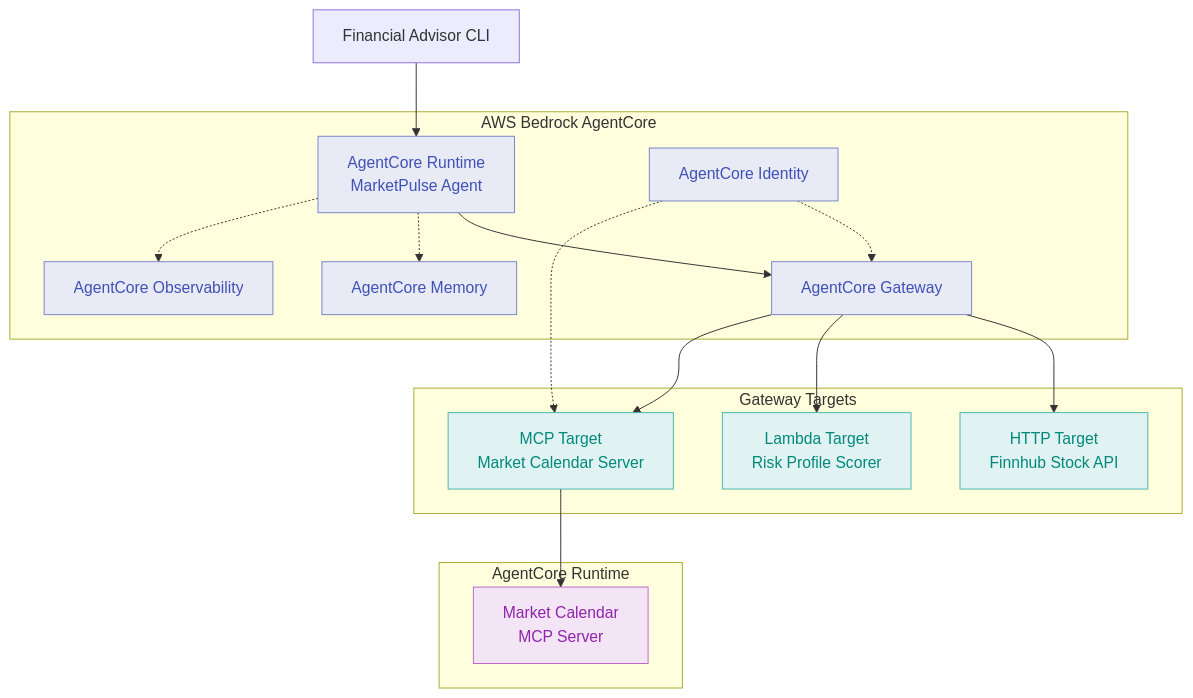
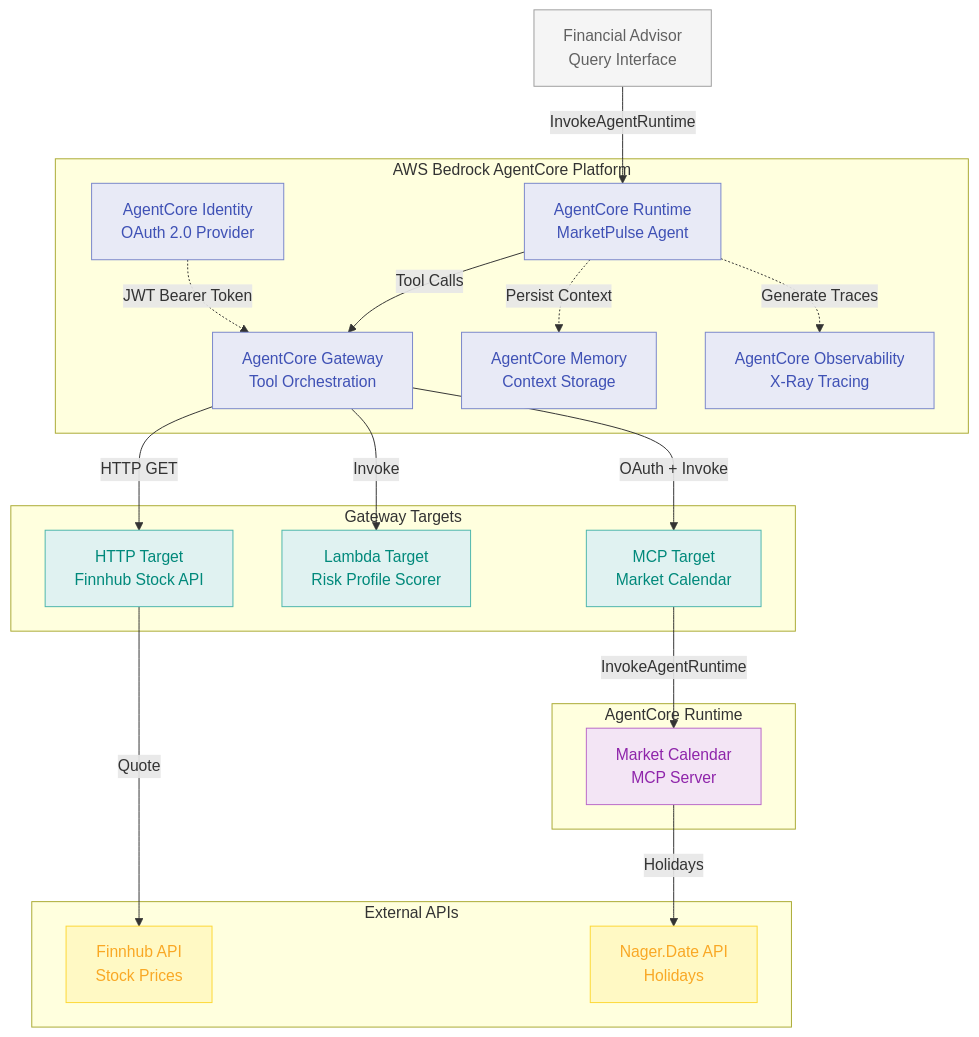
Before and after one commit to mantel-lab/aws-agentcore-workshop: the diagram in README.md, drawn with Mermaid. The commit also changed other lines of this file and 3 other files, not shown here.

````diff
--- a/README.md
+++ b/README.md
@@ -149,41 +281,51 @@
 ```mermaid
 graph TB
-    Advisor[Financial Advisor CLI]
+    Advisor[Financial Advisor<br>Query Interface]
     
-    subgraph AgentCore["AWS Bedrock AgentCore"]
-        Runtime[AgentCore Runtime<br/>MarketPulse Agent]
-        Gateway[AgentCore Gateway]
-        Memory[AgentCore Memory]
-        Identity[AgentCore Identity]
-        Observability[AgentCore Observability]
+    subgraph AgentCore["AWS Bedrock AgentCore Platform"]
+        Runtime[AgentCore Runtime<br>MarketPulse Agent]
+        Gateway[AgentCore Gateway<br>Tool Orchestration]
+        Memory[AgentCore Memory<br>Context Storage]
+        Identity[AgentCore Identity<br>OAuth 2.0 Provider]
+        Observability[AgentCore Observability<br>X-Ray Tracing]
     end
     
     subgraph Targets["Gateway Targets"]
-        HTTP[HTTP Target<br/>Finnhub Stock API]
-        Lambda[Lambda Target<br/>Risk Profile Scorer]
-        MCP[MCP Target<br/>Market Calendar Server]
+        HTTP[HTTP Target<br>Finnhub Stock API]
+        Lambda[Lambda Target<br>Risk Profile Scorer]
+        MCP[MCP Target<br>Market Calendar]
     end
     
     subgraph MCPRuntime["AgentCore Runtime"]
-        MCPServer[Market Calendar<br/>MCP Server]
+        MCPServer[Market Calendar<br>MCP Server]
     end
     
-    Advisor --> Runtime
-    Runtime --> Gateway
-    Gateway --> HTTP
-    Gateway --> Lambda
-    Gateway --> MCP
-    MCP --> MCPServer
-    Runtime -.-> Memory
-    Runtime -.-> Observability
-    Identity -.-> Gateway
-    Identity -.-> MCP
+    subgraph External["External APIs"]
+        Finnhub[Finnhub API<br>Stock Prices]
+        Nager[Nager.Date API<br>Holidays]
+    end
     
-    classDef agentcore fill:#E8EAF6,stroke:#7986CB,color:#3F51B5
-    classDef targets fill:#E0F2F1,stroke:#4DB6AC,color:#00897B
-    classDef mcp fill:#F3E5F5,stroke:#BA68C8,color:#8E24AA
+    Advisor -->|InvokeAgentRuntime| Runtime
+    Runtime -->|Tool Calls| Gateway
+    Gateway -->|HTTP GET| HTTP
+    Gateway -->|Invoke| Lambda
+    Gateway -->|OAuth + Invoke| MCP
+    MCP -->|InvokeAgentRuntime| MCPServer
+    Runtime -.->|Persist Context| Memory
+    Runtime -.->|Generate Traces| Observability
+    Identity -.->|JWT Bearer Token| Gateway
+    HTTP -->|Quote| Finnhub
+    MCPServer -->|Holidays| Nager
     
-    class Runtime,Gateway,Memory,Identity,Observability agentcore
-    class HTTP,Lambda,MCP targets
-    class MCPServer mcp
+    classDef llm fill:#E8EAF6,stroke:#7986CB,color:#3F51B5
+    classDef process fill:#E0F2F1,stroke:#4DB6AC,color:#00897B
+    classDef components fill:#F3E5F5,stroke:#BA68C8,color:#8E24AA
+    classDef api fill:#FFF9C4,stroke:#FDD835,color:#F9A825
+    classDef inputOutput fill:#F5F5F5,stroke:#9E9E9E,color:#616161
+    
+    class Runtime,Gateway,Memory,Identity,Observability llm
+    class HTTP,Lambda,MCP process
+    class MCPServer components
+    class Finnhub,Nager api
+    class Advisor inputOutput
 ```
````
